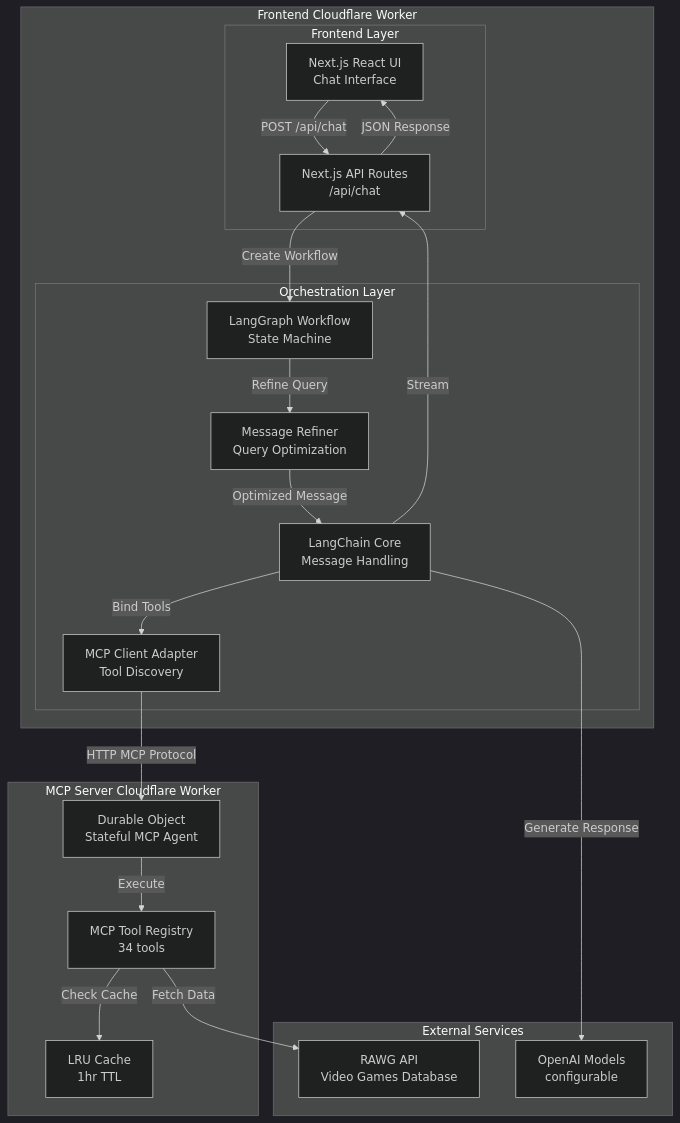
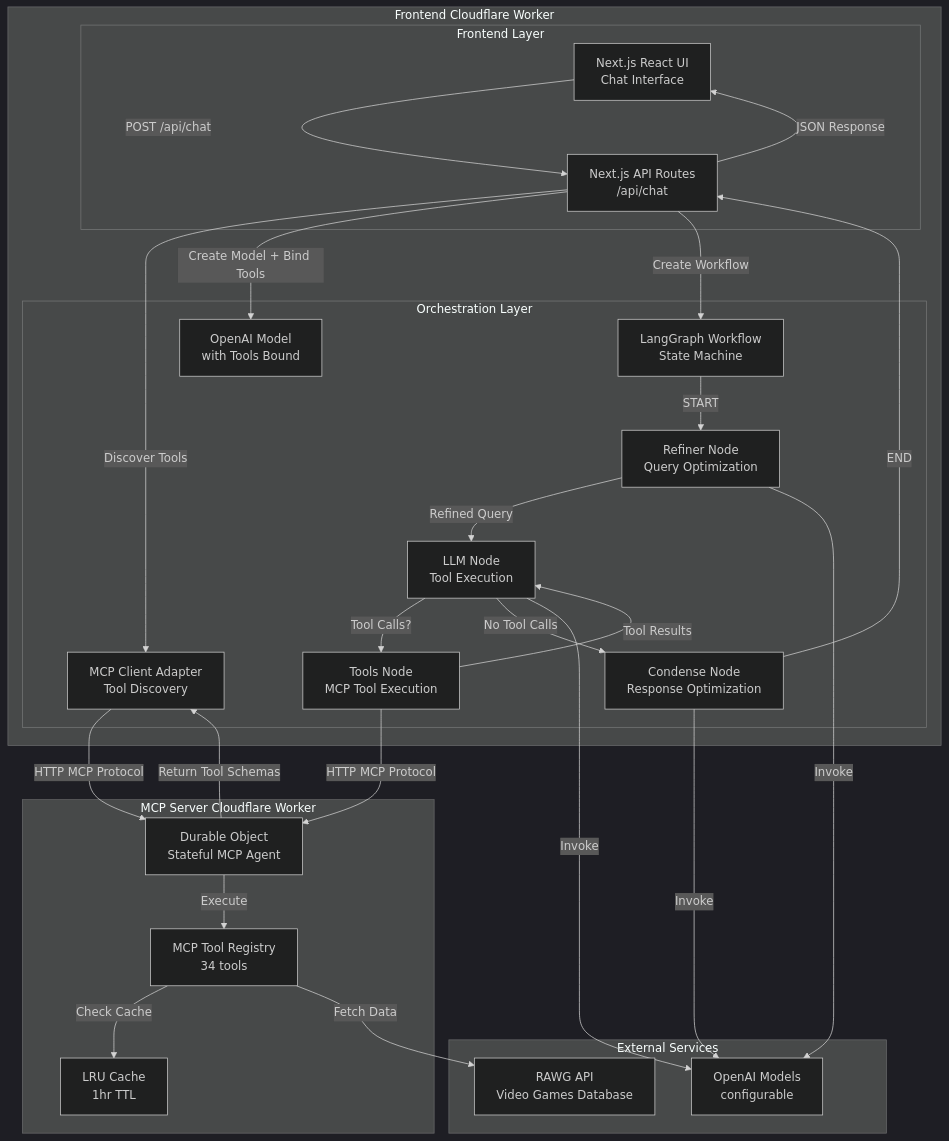
The first of 2 diagrams in README.md (ShawnZong/amazing-game-analytics-ai-chatbot), drawn with Mermaid (dark theme) before and after one commit. The commit also changed other lines of this file, not shown here.

Commit message:
refactor: update architecture diagram and enhance workflow descriptions in README

````diff
--- a/README.md
+++ b/README.md
@@ -83,39 +83,50 @@
 ```mermaid
 graph TB
     subgraph "Frontend Cloudflare Worker"
         subgraph "Frontend Layer"
             UI[Next.js React UI<br/>Chat Interface]
             API[Next.js API Routes<br/>/api/chat]
         end
         subgraph "Orchestration Layer"
+            MCP_CLIENT[MCP Client Adapter<br/>Tool Discovery]
+            MODEL[OpenAI Model<br/>with Tools Bound]
             LG[LangGraph Workflow<br/>State Machine]
-            REFINER[Message Refiner<br/>Query Optimization]
-            LC[LangChain Core<br/>Message Handling]
-            MCP_CLIENT[MCP Client Adapter<br/>Tool Discovery]
+            REFINER[Refiner Node<br/>Query Optimization]
+            LLM_NODE[LLM Node<br/>Tool Execution]
+            TOOLS_NODE[Tools Node<br/>MCP Tool Execution]
+            CONDENSE[Condense Node<br/>Response Optimization]
         end
     end
 
     subgraph "MCP Server Cloudflare Worker"
         DO[Durable Object<br/>Stateful MCP Agent]
         TOOLS[MCP Tool Registry<br/>34 tools]
         CACHE[LRU Cache<br/>1hr TTL]
     end
 
     subgraph "External Services"
         LLM[OpenAI Models<br/>configurable]
         RAWG[RAWG API<br/>Video Games Database]
     end
 
     UI -->|POST /api/chat| API
+    API -->|Discover Tools| MCP_CLIENT
+    MCP_CLIENT -->|HTTP MCP Protocol| DO
+    DO -->|Return Tool Schemas| MCP_CLIENT
+    API -->|Create Model + Bind Tools| MODEL
     API -->|Create Workflow| LG
-    LG -->|Refine Query| REFINER
-    REFINER -->|Optimized Message| LC
-    LC -->|Bind Tools| MCP_CLIENT
-    MCP_CLIENT -->|HTTP MCP Protocol| DO
+    LG -->|START| REFINER
+    REFINER -->|Refined Query| LLM_NODE
+    LLM_NODE -->|Tool Calls?| TOOLS_NODE
+    TOOLS_NODE -->|HTTP MCP Protocol| DO
     DO -->|Execute| TOOLS
     TOOLS -->|Check Cache| CACHE
     TOOLS -->|Fetch Data| RAWG
-    LC -->|Generate Response| LLM
-    LC -->|Stream| API
+    TOOLS_NODE -->|Tool Results| LLM_NODE
+    LLM_NODE -->|No Tool Calls| CONDENSE
+    CONDENSE -->|END| API
+    LLM_NODE -->|Invoke| LLM
+    REFINER -->|Invoke| LLM
+    CONDENSE -->|Invoke| LLM
     API -->|JSON Response| UI
 ```
````
